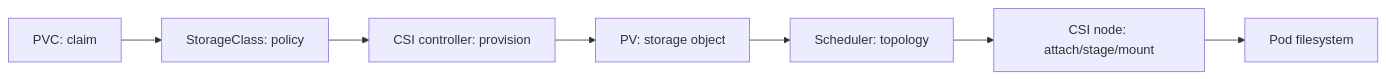
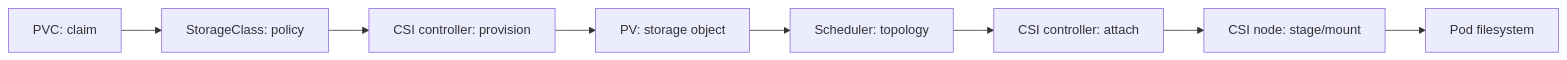
One commit to m1mohamad/devops-sre-prep changed the fourth of 4 diagrams in docs/study/kubernetes/00-kubernetes-interview-refresh.md. Above: the diagram before and after it, drawn with Mermaid. The commit also changed other lines of this file and 1 other file, not shown here.

````diff
--- a/docs/study/kubernetes/00-kubernetes-interview-refresh.md
+++ b/docs/study/kubernetes/00-kubernetes-interview-refresh.md
@@ -284,9 +284,10 @@
 ```mermaid
 flowchart LR
   PVC[PVC: claim] --> SC[StorageClass: policy]
   SC --> CC[CSI controller: provision]
   CC --> PV[PV: storage object]
   PV --> S[Scheduler: topology]
-  S --> CN[CSI node: attach/stage/mount]
+  S --> CA[CSI controller: attach]
+  CA --> CN[CSI node: stage/mount]
   CN --> P[Pod filesystem]
 ```
````
